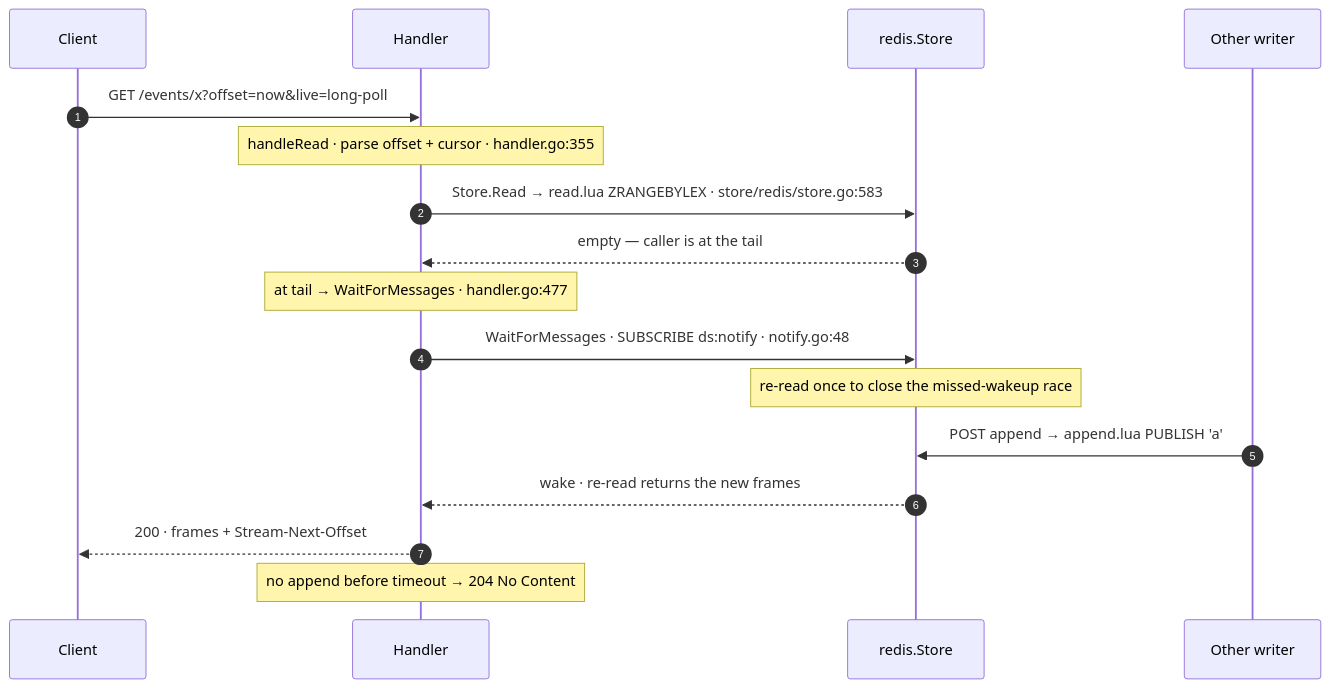
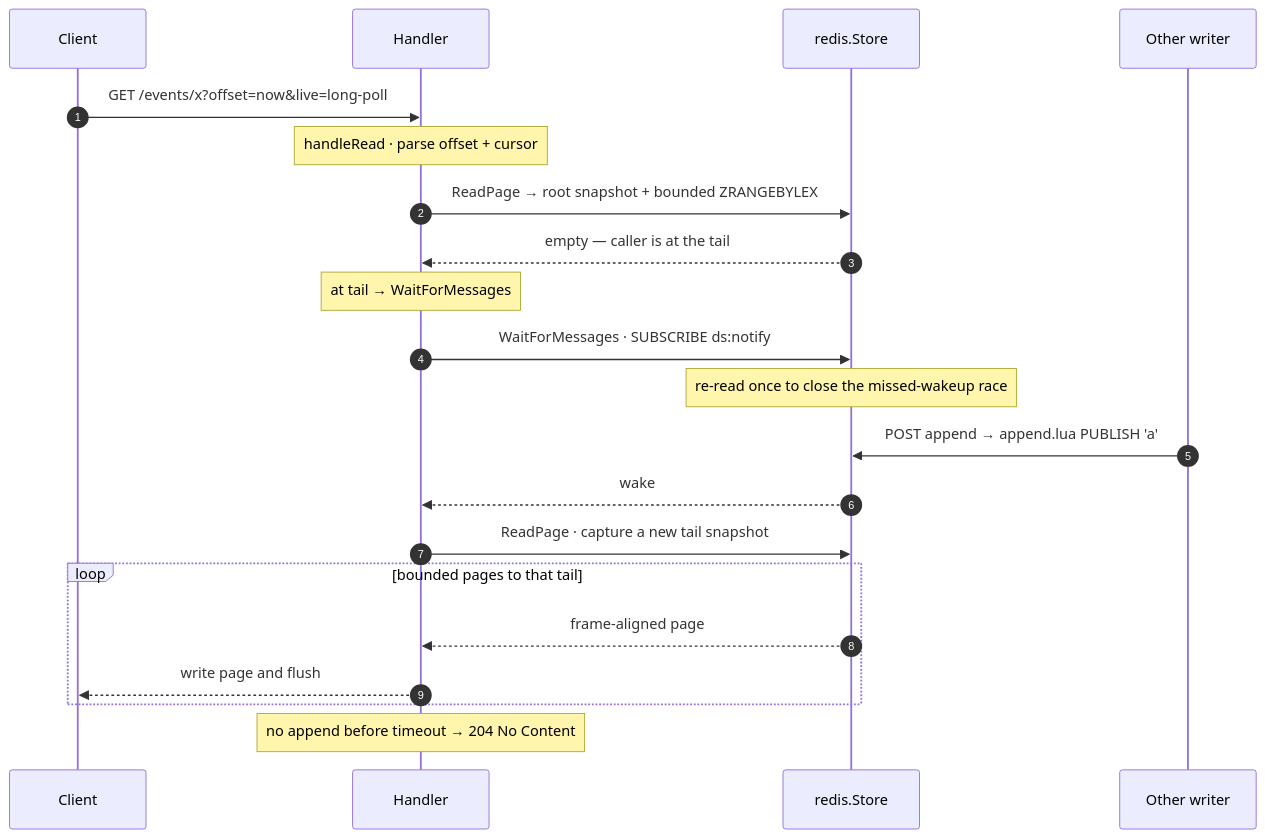
Before and after one commit to adityavkk/chronicle: the diagram in docs-site/diagrams/seq-trace-read.mmd, drawn with Mermaid. The commit also changed 85 other files, not shown here.

Commit message:
perf(read): bound and stream catch-up pages

```diff
--- a/docs-site/diagrams/seq-trace-read.mmd
+++ b/docs-site/diagrams/seq-trace-read.mmd
@@ -1,17 +1,21 @@
 sequenceDiagram
     autonumber
     participant C as Client
     participant H as Handler
     participant S as redis.Store
     participant P as Other writer
     C->>H: GET /events/x?offset=now&live=long-poll
-    Note over H: handleRead · parse offset + cursor · handler.go:355
-    H->>S: Store.Read → read.lua ZRANGEBYLEX · store/redis/store.go:583
+    Note over H: handleRead · parse offset + cursor
+    H->>S: ReadPage → root snapshot + bounded ZRANGEBYLEX
     S-->>H: empty — caller is at the tail
-    Note over H: at tail → WaitForMessages · handler.go:477
-    H->>S: WaitForMessages · SUBSCRIBE ds:notify · notify.go:48
+    Note over H: at tail → WaitForMessages
+    H->>S: WaitForMessages · SUBSCRIBE ds:notify
     Note over S: re-read once to close the missed-wakeup race
     P->>S: POST append → append.lua PUBLISH 'a'
-    S-->>H: wake · re-read returns the new frames
-    H-->>C: 200 · frames + Stream-Next-Offset
+    S-->>H: wake
+    H->>S: ReadPage · capture a new tail snapshot
+    loop bounded pages to that tail
+        S-->>H: frame-aligned page
+        H-->>C: write page and flush
+    end
     Note over H: no append before timeout → 204 No Content
```
